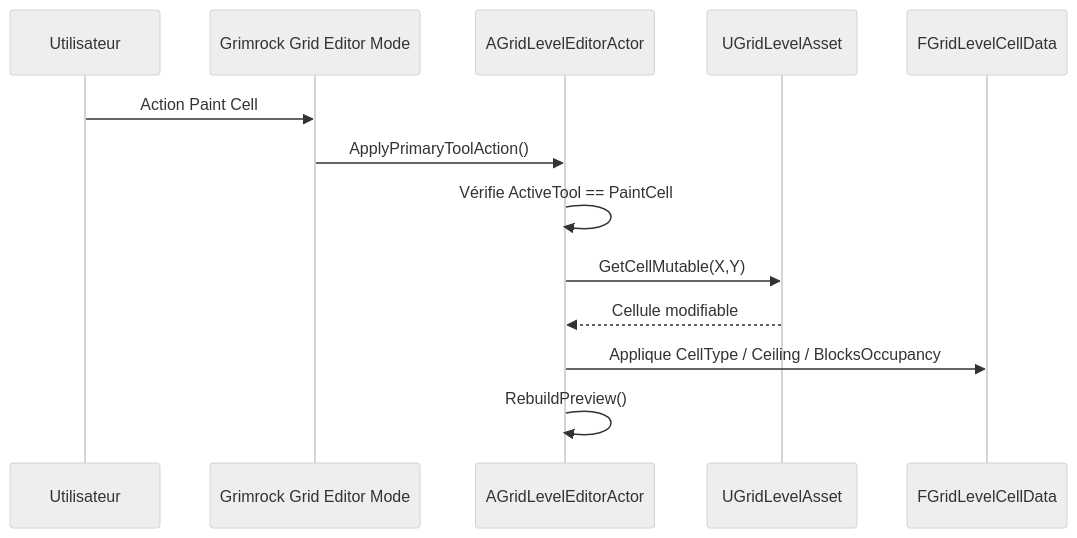
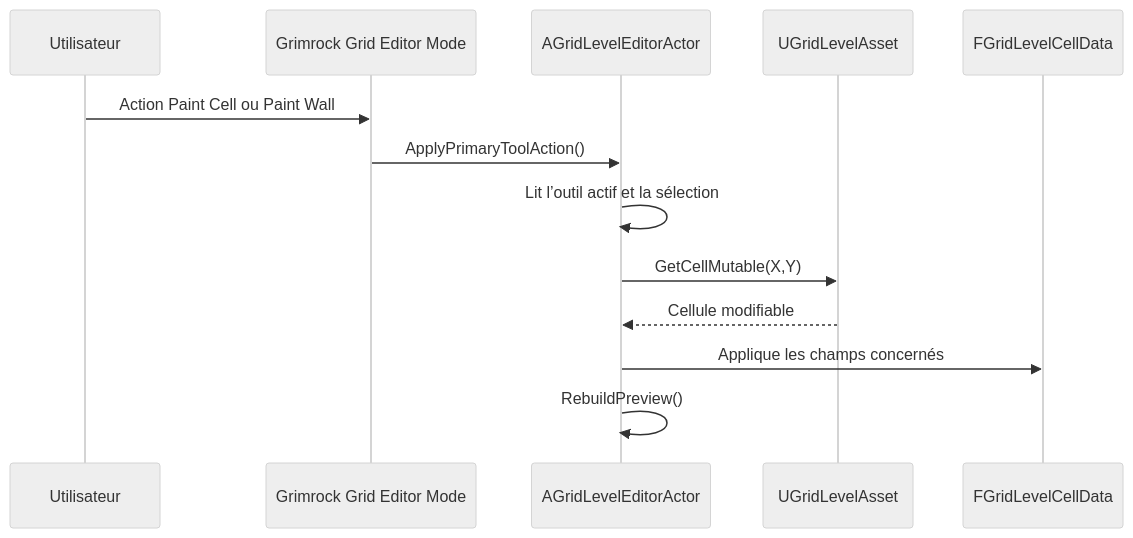
Before and after one commit to PhilippeMartin1964/GrimrockPrototype: the second of 5 diagrams in docs/Architecture/CORE_DUNGEON_LEVEL_GRID.md, drawn with Mermaid (neutral theme). The commit also changed other lines of this file, not shown here.

````diff
--- a/docs/Architecture/CORE_DUNGEON_LEVEL_GRID.md
+++ b/docs/Architecture/CORE_DUNGEON_LEVEL_GRID.md
@@ -405,16 +300,16 @@
 ```mermaid
 sequenceDiagram
     participant User as Utilisateur
     participant Mode as Grimrock Grid Editor Mode
     participant Editor as AGridLevelEditorActor
     participant Level as UGridLevelAsset
     participant Cell as FGridLevelCellData
 
-    User->>Mode: Action Paint Cell
+    User->>Mode: Action Paint Cell ou Paint Wall
     Mode->>Editor: ApplyPrimaryToolAction()
-    Editor->>Editor: Vérifie ActiveTool == PaintCell
+    Editor->>Editor: Lit l’outil actif et la sélection
     Editor->>Level: GetCellMutable(X,Y)
     Level-->>Editor: Cellule modifiable
-    Editor->>Cell: Applique CellType / Ceiling / BlocksOccupancy
+    Editor->>Cell: Applique les champs concernés
     Editor->>Editor: RebuildPreview()
 ```
````
